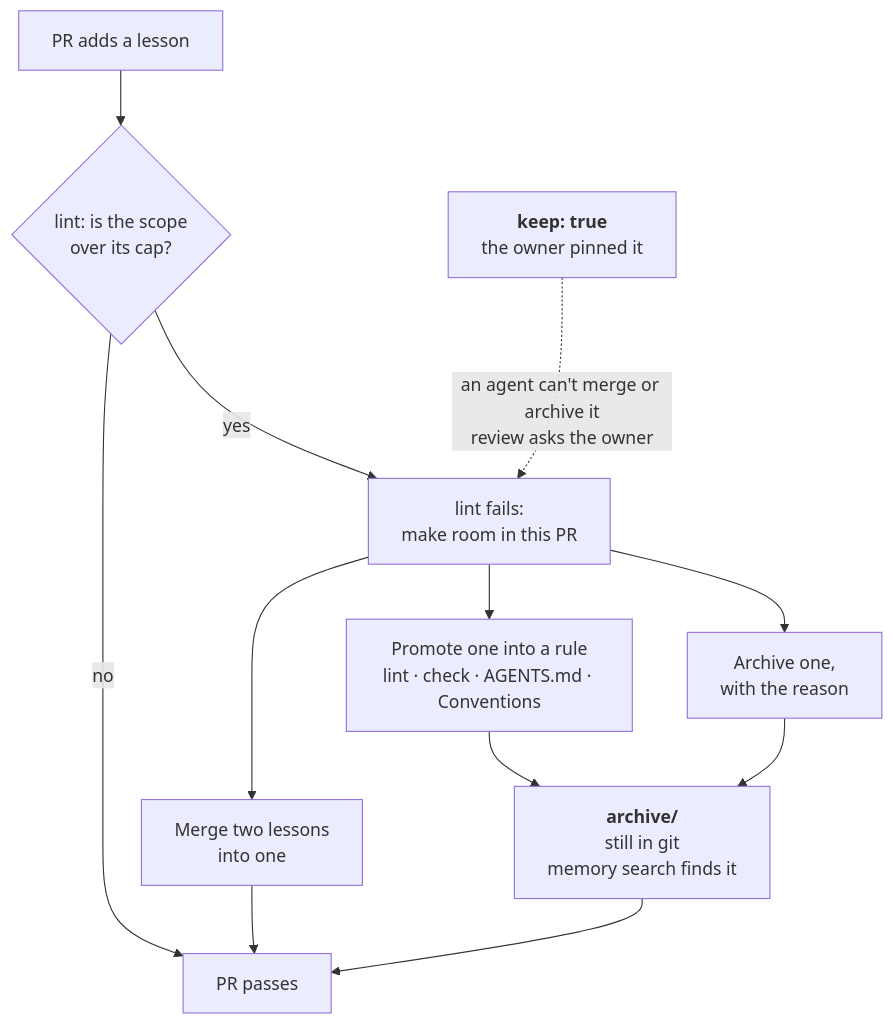
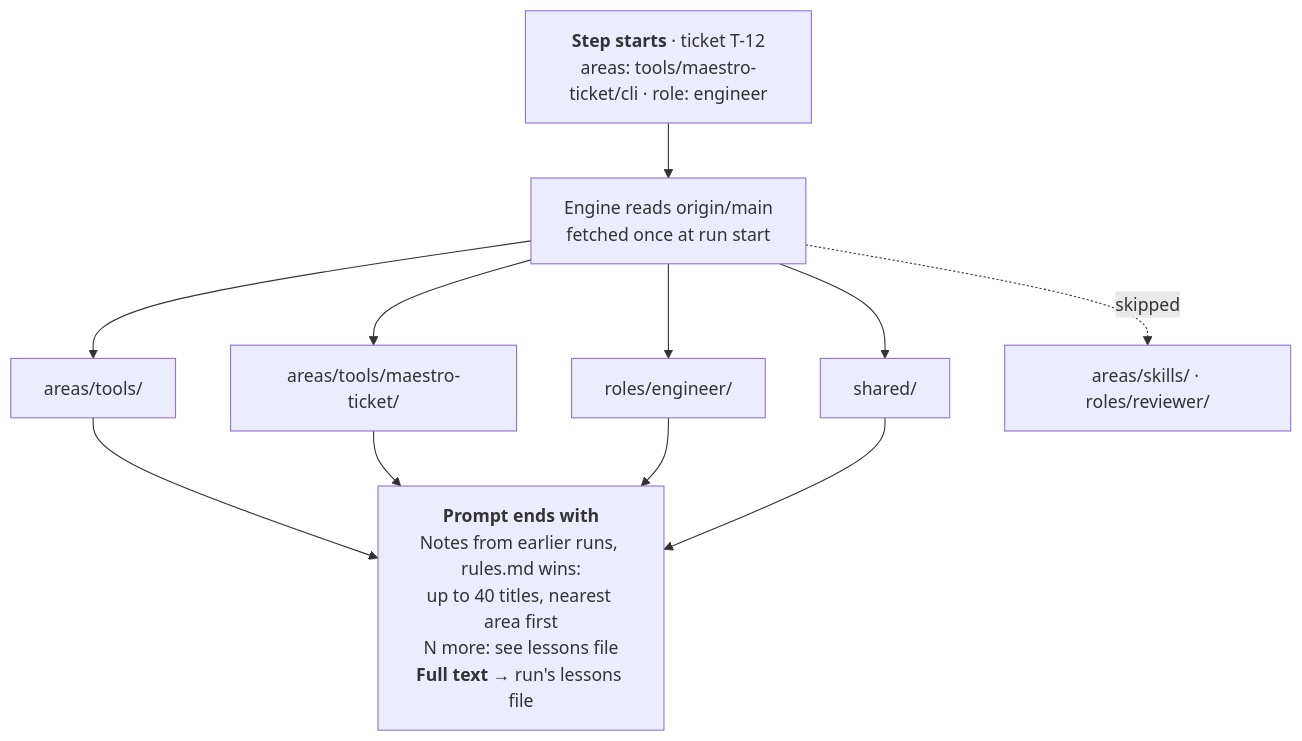
The third of 3 diagrams in docs/design/memory.md (ProlesDei/maestro), drawn with Mermaid before and after one commit. The commit also changed other lines of this file, not shown here.

First line of the commit message:
Rework memory design: trouble-only lessons, one PR per ticket

````diff
--- a/docs/design/memory.md
+++ b/docs/design/memory.md
@@ -82,14 +59,14 @@
 ```mermaid
 flowchart TD
-    A["PR adds a lesson"] --> C{"lint: is the scope<br/>over its cap?"}
-    C -->|no| OK["PR passes"]
-    C -->|yes| F["lint fails:<br/>make room in this PR"]
-    F --> M1["Merge two lessons<br/>into one"]
-    F --> M2["Promote one into a rule<br/>lint · check · AGENTS.md · Conventions"]
-    F --> M3["Archive one,<br/>with the reason"]
-    M1 --> OK
-    M2 --> AR
-    M3 --> AR["<b>archive/</b><br/>still in git<br/>memory search finds it"]
-    AR --> OK
-    K["<b>keep: true</b><br/>the owner pinned it"] -. "an agent can't merge or archive it<br/>review asks the owner" .-> F
+    Q["<b>Step starts</b> · ticket T-12<br/>areas: tools/maestro-ticket/cli · role: engineer"]
+    Q --> R["Engine reads origin/main<br/>fetched once at run start"]
+    R --> A1["areas/tools/"]
+    R --> A2["areas/tools/maestro-ticket/"]
+    R --> RO["roles/engineer/"]
+    R --> SH["shared/"]
+    R -. "skipped" .-> X["areas/skills/ · roles/reviewer/"]
+    A1 --> O
+    A2 --> O
+    RO --> O
+    SH --> O["<b>Prompt ends with</b><br/>Notes from earlier runs, rules.md wins:<br/>up to 40 titles, nearest area first<br/>N more: see lessons file<br/><b>Full text</b> → run's lessons file"]
 ```
````
